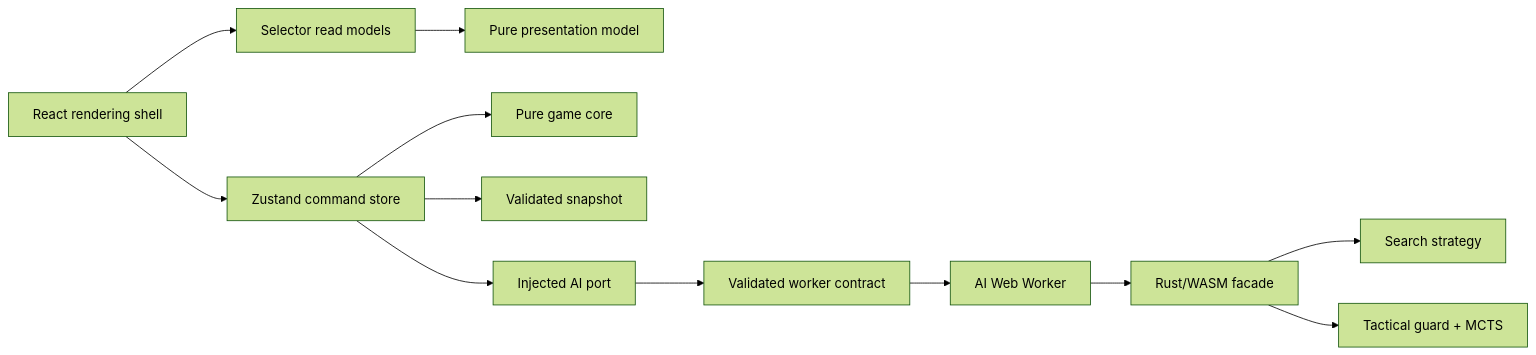
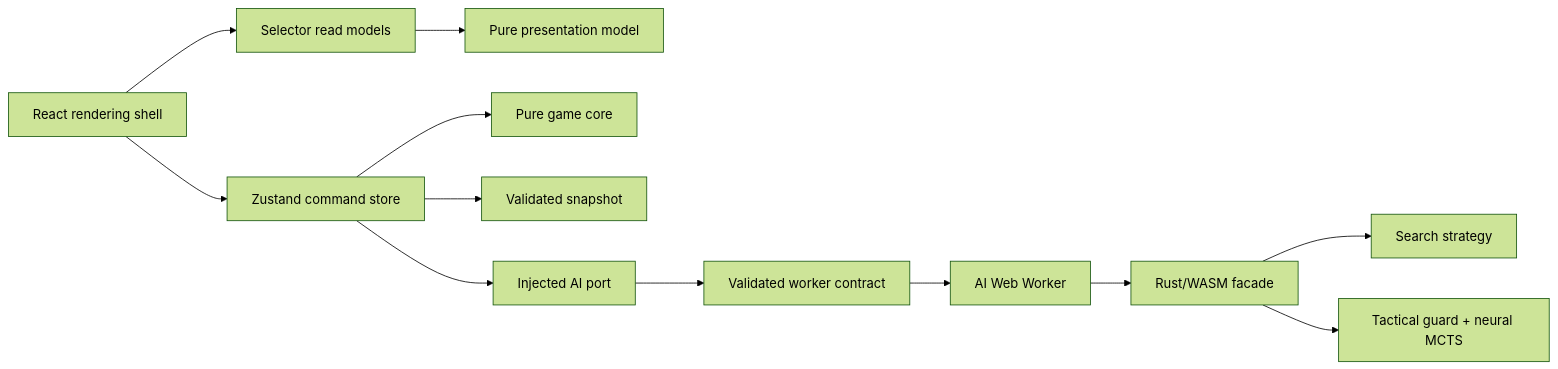
Before and after one commit to tre-systems/rowspire: the first of 2 diagrams in docs/ARCHITECTURE.md, drawn with Mermaid (forest theme). The commit also changed other lines of this file and 15 other files, not shown here.

````diff
--- a/docs/ARCHITECTURE.md
+++ b/docs/ARCHITECTURE.md
@@ -7,14 +7,14 @@
 ```mermaid
 flowchart LR
   UI["React rendering shell"] --> Reads["Selector read models"]
   UI --> Commands["Zustand command store"]
   Reads --> Presentation["Pure presentation model"]
   Commands --> Core["Pure game core"]
   Commands --> Snapshot["Validated snapshot"]
   Commands --> Port["Injected AI port"]
   Port --> Contract["Validated worker contract"]
   Contract --> Worker["AI Web Worker"]
   Worker --> Wasm["Rust/WASM facade"]
   Wasm --> Search["Search strategy"]
-  Wasm --> ML["Tactical guard + MCTS"]
+  Wasm --> ML["Tactical guard + neural MCTS"]
 ```
````
